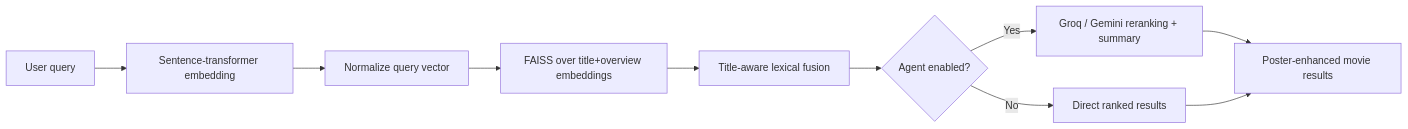
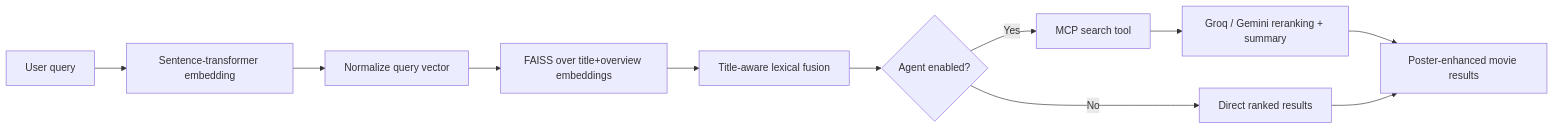
One commit to maxwellyin/cineseek-semantic-search changed the diagram in readme.md. Above: the diagram before and after it, drawn with Mermaid. The commit also changed other lines of this file and 7 other files, not shown here.

Commit message:
feat: implement MCP-compatible search tool and secure public endpoint with bearer token

````diff
--- a/readme.md
+++ b/readme.md
@@ -73,12 +77,13 @@
 ```mermaid
 flowchart LR
   user["User query"] --> embed["Sentence-transformer embedding"]
   embed --> normalize["Normalize query vector"]
   normalize --> faiss["FAISS over title+overview embeddings"]
   faiss --> lexical["Title-aware lexical fusion"]
   lexical --> agent{"Agent enabled?"}
   agent -- "No" --> direct["Direct ranked results"]
-  agent -- "Yes" --> llm["Groq / Gemini reranking + summary"]
+  agent -- "Yes" --> mcp["MCP search tool"]
+  mcp --> llm["Groq / Gemini reranking + summary"]
   llm --> final["Poster-enhanced movie results"]
   direct --> final
 ```
````
